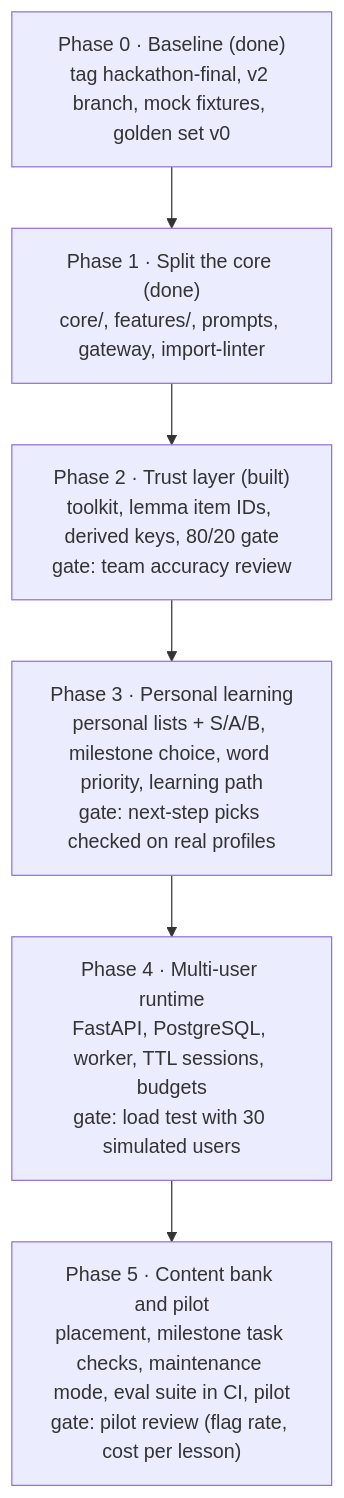
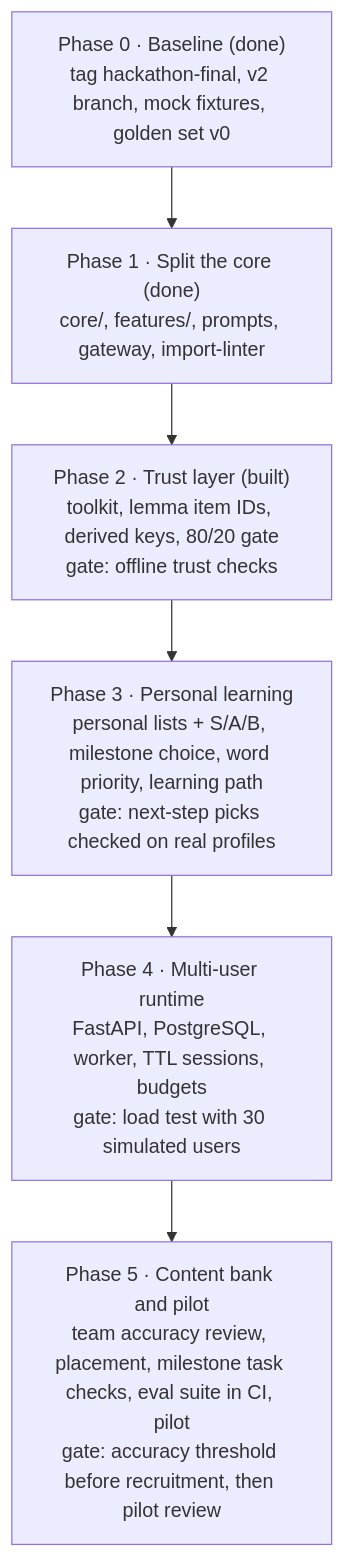
Before and after one commit to SiddharthaKR/teamA: the diagram in docs/design/architecture-v2.md, drawn with Mermaid. The commit also changed other lines of this file and 33 other files, not shown here.

````diff
--- a/docs/design/architecture-v2.md
+++ b/docs/design/architecture-v2.md
@@ -237,8 +237,8 @@
 ```mermaid
 flowchart TD
   P0["Phase 0 · Baseline (done)<br/>tag hackathon-final, v2 branch, mock fixtures, golden set v0"] --> P1["Phase 1 · Split the core (done)<br/>core/, features/, prompts, gateway, import-linter"]
-  P1 --> P2["Phase 2 · Trust layer (built)<br/>toolkit, lemma item IDs, derived keys, 80/20 gate<br/>gate: team accuracy review"]
+  P1 --> P2["Phase 2 · Trust layer (built)<br/>toolkit, lemma item IDs, derived keys, 80/20 gate<br/>gate: offline trust checks"]
   P2 --> P3["Phase 3 · Personal learning<br/>personal lists + S/A/B, milestone choice, word priority, learning path<br/>gate: next-step picks checked on real profiles"]
   P3 --> P4["Phase 4 · Multi-user runtime<br/>FastAPI, PostgreSQL, worker, TTL sessions, budgets<br/>gate: load test with 30 simulated users"]
-  P4 --> P5["Phase 5 · Content bank and pilot<br/>placement, milestone task checks, maintenance mode, eval suite in CI, pilot<br/>gate: pilot review (flag rate, cost per lesson)"]
+  P4 --> P5["Phase 5 · Content bank and pilot<br/>team accuracy review, placement, milestone task checks, eval suite in CI, pilot<br/>gate: accuracy threshold before recruitment, then pilot review"]
 ```
````
